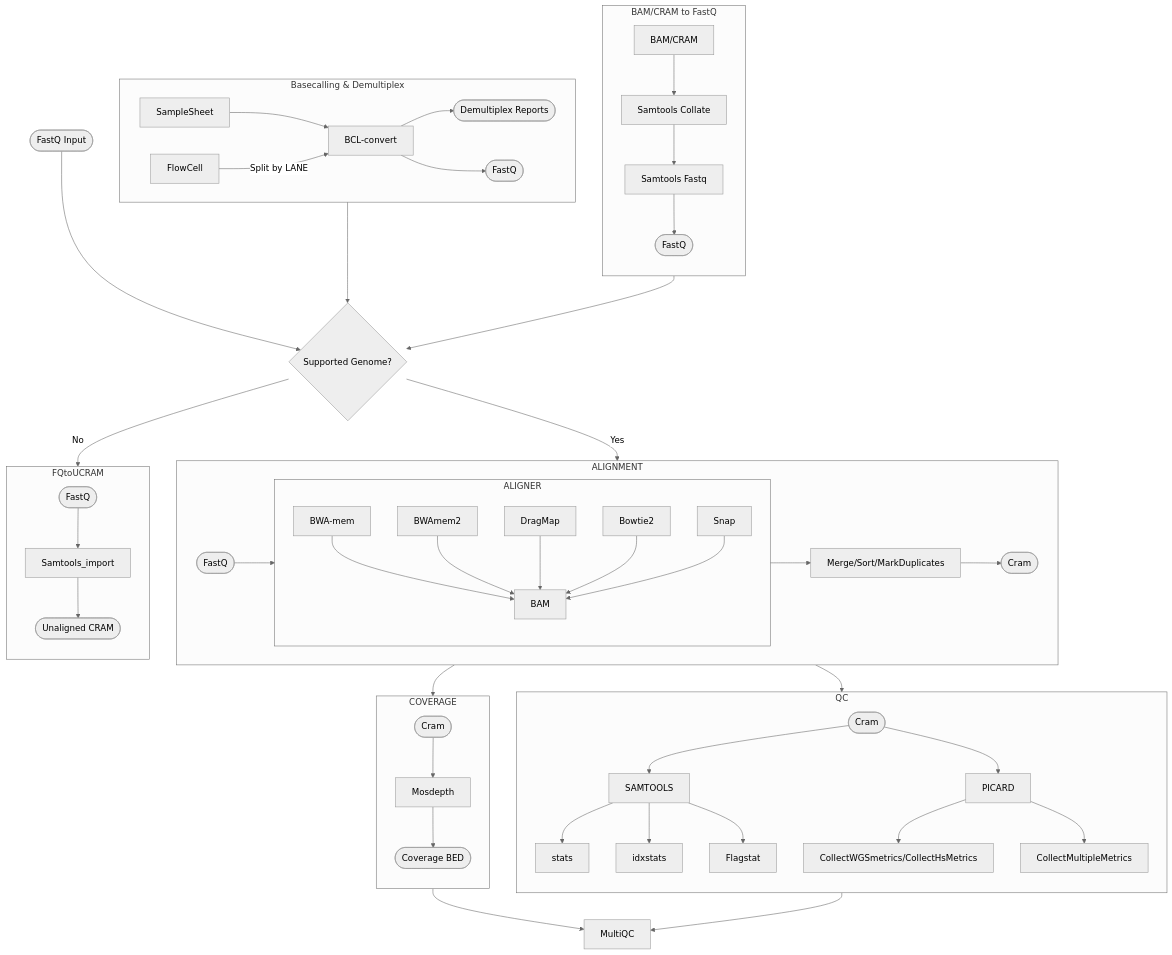
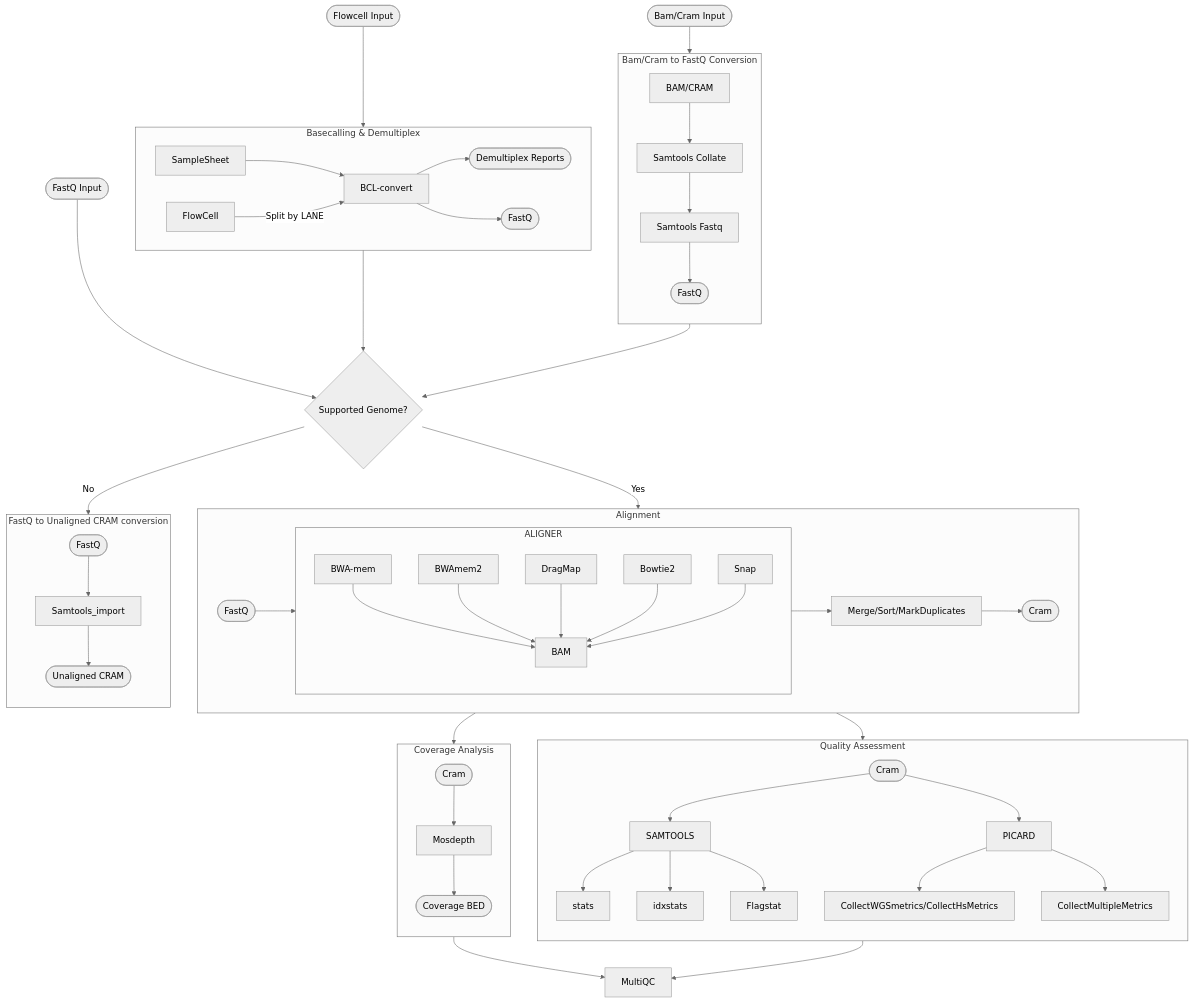
The diagram in README.md (nf-cmgg/preprocessing), drawn with Mermaid (neutral theme) before and after one commit.

Commit message:
prettier flowchart

````diff
--- a/README.md
+++ b/README.md
@@ -50,62 +50,63 @@
 ```mermaid
 
 flowchart TB
 
 subgraph DEMULTIPLEX[Basecalling & Demultiplex]
     direction LR
     SampleSheet --> BCL-convert
     FlowCell    --Split by LANE--> BCL-convert
     BCL-convert --> DEMULTIPLEX_STATS([Demultiplex Reports])
     BCL-convert --> DEMUX_FASTQ([FastQ])
 end
 
-subgraph DEALIGNMENT[BAM/CRAM to FastQ]
+subgraph DEALIGNMENT[Bam/Cram to FastQ Conversion]
   direction TB
   BAM/CRAM --> SAMTOOLS_COLLATE[Samtools Collate] --> SAMTOOLS_FASTQ[Samtools Fastq] --> DEALIGNED_FASTQ([FastQ])
 end
 
-subgraph ALIGNMENT
+subgraph ALIGNMENT[Alignment]
     direction LR
     subgraph ALIGNER
       direction TB
       BWA-mem --> BAM
       BWAmem2 --> BAM
       DragMap --> BAM
       Bowtie2 --> BAM
       Snap    --> BAM
     end
     FQ_TO_ALIGN([FastQ]) --> ALIGNER
     ALIGNER --> Merge/Sort/MarkDuplicates --> Cram([Cram])
 end
 
-subgraph FQtoUCRAM
+subgraph FQtoUCRAM[FastQ to Unaligned CRAM conversion]
     direction TB
     FQ_TO_CONVERT([FastQ])
     --> Samtools_import
     --> Unaligned_CRAM([Unaligned CRAM])
 end
 
-subgraph QC
+subgraph QC[Quality Assessment]
     direction TB
     CRAM_TO_QC([Cram]) --> SAMTOOLS --> stats & idxstats & Flagstat
     CRAM_TO_QC --> PICARD --> CollectWGSmetrics/CollectHsMetrics & CollectMultipleMetrics
 end
 
-subgraph COVERAGE
+subgraph COVERAGE[Coverage Analysis]
     direction TB
     CRAM_TO_COVERAGE([Cram]) --> Mosdepth --> BED([Coverage BED])
 end
 
 FQ_INPUT([FastQ Input]) --> SUPPORTED{Supported Genome?}
-DEMULTIPLEX --> SUPPORTED{Supported Genome?}
-DEALIGNMENT --> SUPPORTED{Supported Genome?}
+
+FC_INPUT([Flowcell Input]) --> DEMULTIPLEX --> SUPPORTED{Supported Genome?}
+BAMCRAM_INPUT([Bam/Cram Input]) --> DEALIGNMENT --> SUPPORTED{Supported Genome?}
 
 SUPPORTED{Supported Genome?} --> |Yes| ALIGNMENT
 SUPPORTED{Supported Genome?} --> |No| FQtoUCRAM
 
 ALIGNMENT --> QC
 ALIGNMENT --> COVERAGE
 COVERAGE --> MQC[MultiQC]
 QC --> MQC
 
 ```
````
